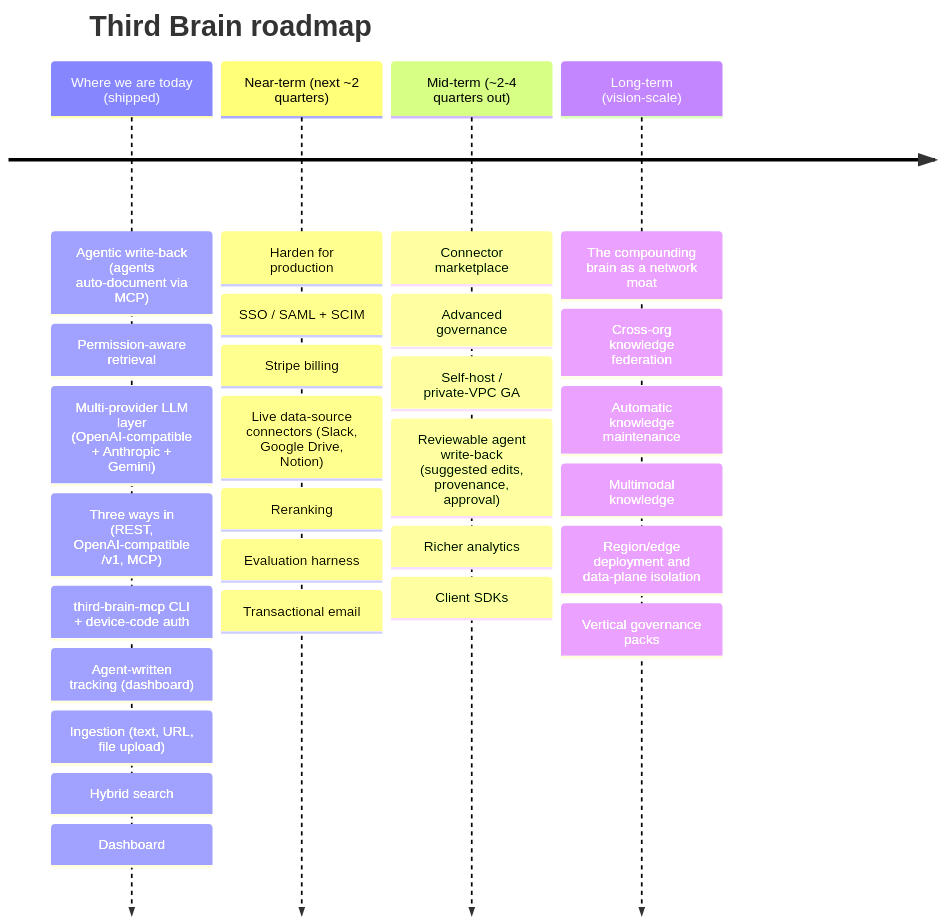
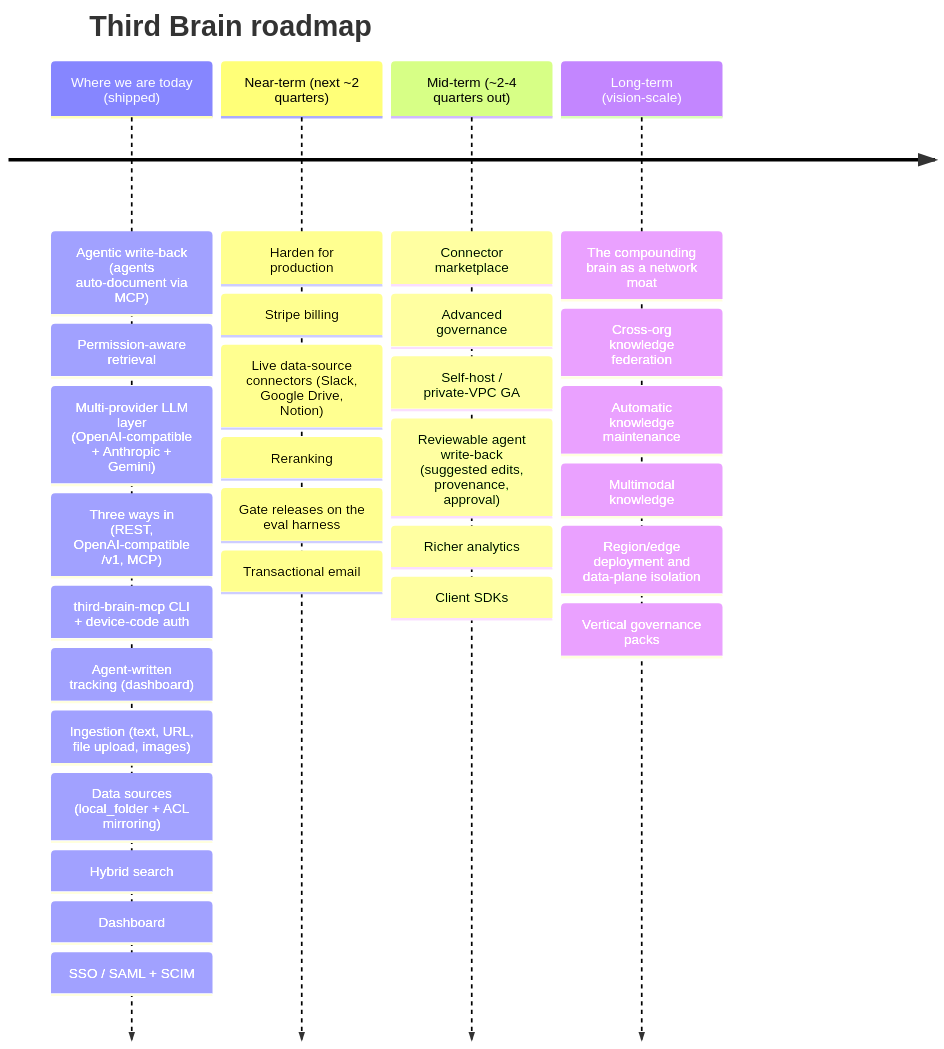
The diagram in docs/ROADMAP.md (km322/Third-Brain), drawn with Mermaid before and after one commit. The commit also changed other lines of this file and 36 other files, not shown here.

````diff
--- a/docs/ROADMAP.md
+++ b/docs/ROADMAP.md
@@ -12,36 +12,37 @@
 ```mermaid
 timeline
     title Third Brain roadmap
     Where we are today (shipped)
         : Agentic write-back (agents auto-document via MCP)
         : Permission-aware retrieval
         : Multi-provider LLM layer (OpenAI-compatible + Anthropic + Gemini)
         : Three ways in (REST, OpenAI-compatible /v1, MCP)
         : third-brain-mcp CLI + device-code auth
         : Agent-written tracking (dashboard)
-        : Ingestion (text, URL, file upload)
+        : Ingestion (text, URL, file upload, images)
+        : Data sources (local_folder + ACL mirroring)
         : Hybrid search
         : Dashboard
+        : SSO / SAML + SCIM
     Near-term (next ~2 quarters)
         : Harden for production
-        : SSO / SAML + SCIM
         : Stripe billing
         : Live data-source connectors (Slack, Google Drive, Notion)
         : Reranking
-        : Evaluation harness
+        : Gate releases on the eval harness
         : Transactional email
     Mid-term (~2-4 quarters out)
         : Connector marketplace
         : Advanced governance
         : Self-host / private-VPC GA
         : Reviewable agent write-back (suggested edits, provenance, approval)
         : Richer analytics
         : Client SDKs
     Long-term (vision-scale)
         : The compounding brain as a network moat
         : Cross-org knowledge federation
         : Automatic knowledge maintenance
         : Multimodal knowledge
         : Region/edge deployment and data-plane isolation
         : Vertical governance packs
 ```
````
